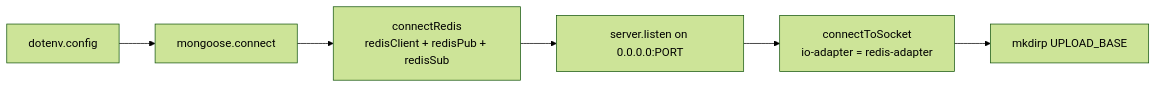
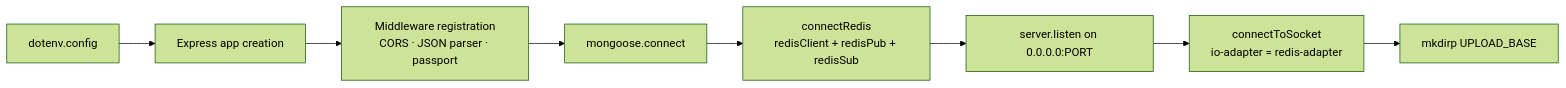
The fifth of 5 diagrams in docs/backend.md (AnupamKumar-1/Hoovik), drawn with Mermaid (forest theme) before and after one commit. The commit also changed other lines of this file and 1 other file, not shown here.

Commit message:
docs: fix pm2 config name, TLS note, process names, add Windows setup

````diff
--- a/docs/backend.md
+++ b/docs/backend.md
@@ -412,8 +451,17 @@
 ```mermaid
 flowchart LR
-    A[dotenv.config] --> B[mongoose.connect]
-    B --> C[connectRedis\nredisClient + redisPub + redisSub]
-    C --> D[server.listen on 0.0.0.0:PORT]
-    D --> E[connectToSocket\nio-adapter = redis-adapter]
-    E --> F[mkdirp UPLOAD_BASE]
+    A[dotenv.config]
+    --> B[Express app creation]
+
+    B --> C[Middleware registration\nCORS · JSON parser · passport]
+
+    C --> D[mongoose.connect]
+
+    D --> E[connectRedis\nredisClient + redisPub + redisSub]
+
+    E --> F[server.listen on 0.0.0.0:PORT]
+
+    F --> G[connectToSocket\nio-adapter = redis-adapter]
+
+    G --> H[mkdirp UPLOAD_BASE]
 ```
````
